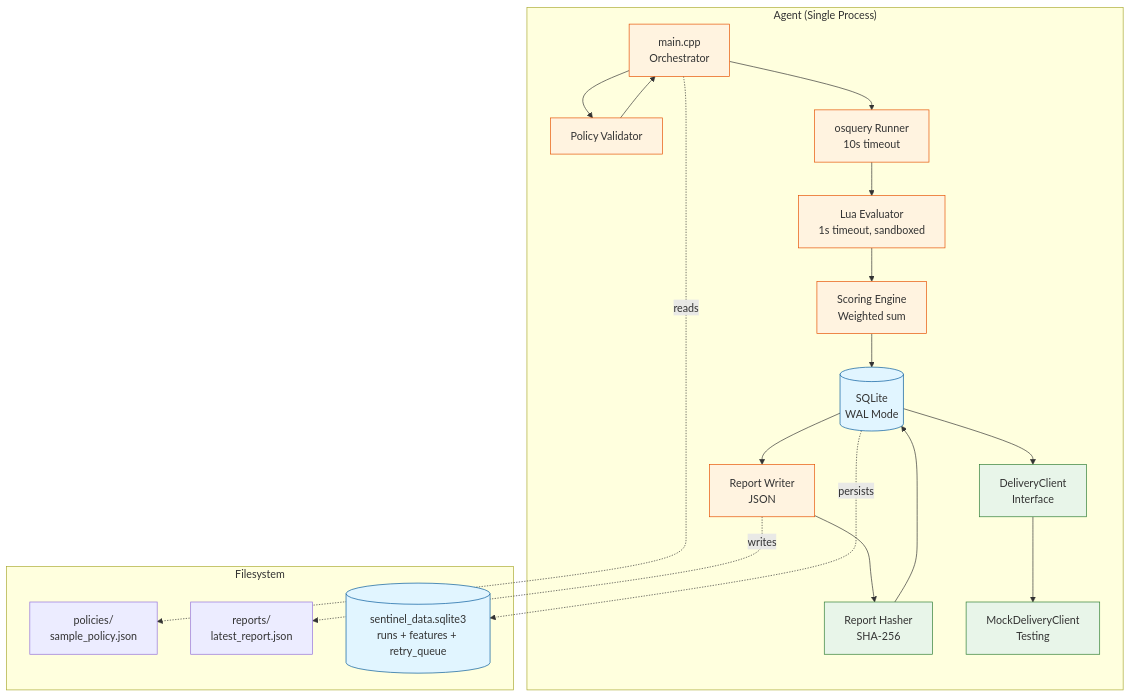
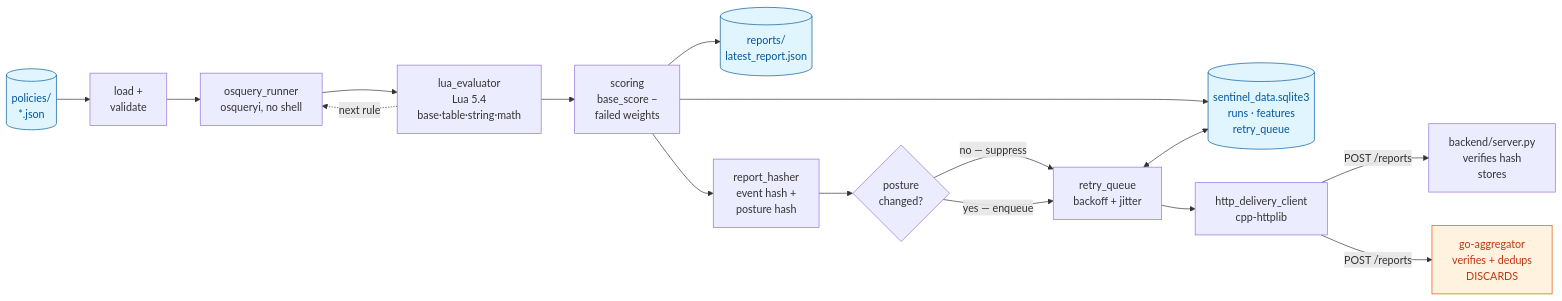
Before and after one commit to rohan2107/Sentinel: the diagram in architecture/README.md, drawn with Mermaid. The commit also changed other lines of this file and 3 other files, not shown here.

First line of the commit message:
docs: rewrite architecture documentation and correct false claims

````diff
--- a/architecture/README.md
+++ b/architecture/README.md
@@ -7,47 +20,26 @@
 ```mermaid
-graph TB
-    subgraph "Agent (Single Process)"
-        M[main.cpp<br/>Orchestrator]
-        PV[Policy Validator]
-        OR[osquery Runner<br/>10s timeout]
-        LE[Lua Evaluator<br/>1s timeout, sandboxed]
-        SC[Scoring Engine<br/>Weighted sum]
-        DB[(SQLite<br/>WAL Mode)]
-        RW[Report Writer<br/>JSON]
-        
-        RH[Report Hasher<br/>SHA-256]
-        DC[DeliveryClient<br/>Interface]
-        MOCK[MockDeliveryClient<br/>Testing]
-        
-        M --> PV
-        PV --> M
-        M --> OR
-        OR --> LE
-        LE --> SC
-        SC --> DB
-        DB --> RW
-        
-        RW --> RH
-        RH --> DB
-        DB --> DC
-        DC --> MOCK
-    end
-    
-    subgraph "Filesystem"
-        POL[policies/<br/>sample_policy.json]
-        REP[reports/<br/>latest_report.json]
-        DBFILE[(sentinel_data.sqlite3<br/>runs + features + retry_queue)]
-    end
-    
-    M -.reads.-> POL
-    RW -.writes.-> REP
-    DB -.persists.-> DBFILE
-    
-    classDef storage fill:#e1f5ff,stroke:#01579b
-    classDef compute fill:#fff3e0,stroke:#e65100
-    classDef delivery fill:#e8f5e9,stroke:#2e7d32
-    
-    class DB,DBFILE storage
-    class M,PV,OR,LE,SC,RW compute
-    class RH,DC,MOCK delivery
+flowchart LR
+    POL[("policies/<br/>*.json")] --> LOAD["load +<br/>validate"]
+    LOAD --> OSQ["osquery_runner<br/>osqueryi, no shell"]
+    OSQ --> LUA["lua_evaluator<br/>Lua 5.4<br/>base·table·string·math"]
+    LUA -.->|"next rule"| OSQ
+    LUA --> SCORE["scoring<br/>base_score −<br/>failed weights"]
+
+    SCORE --> REP[("reports/<br/>latest_report.json")]
+    SCORE --> SQL[("sentinel_data.sqlite3<br/>runs · features<br/>retry_queue")]
+    SCORE --> HASH["report_hasher<br/>event hash +<br/>posture hash"]
+
+    HASH --> SUPP{"posture<br/>changed?"}
+    SUPP -->|"no — suppress"| QUEUE
+    SUPP -->|"yes — enqueue"| QUEUE
+    QUEUE["retry_queue<br/>backoff + jitter"] <--> SQL
+    QUEUE --> HTTP["http_delivery_client<br/>cpp-httplib"]
+
+    HTTP -->|"POST /reports"| PY["backend/server.py<br/>verifies hash<br/>stores"]
+    HTTP -->|"POST /reports"| GO["go-aggregator<br/>verifies + dedups<br/>DISCARDS"]
+
+    classDef store fill:#e1f5ff,stroke:#01579b,color:#01579b
+    classDef gap fill:#fff3e0,stroke:#e65100,color:#bf360c
+    class POL,SQL,REP store
+    class GO gap
 ```
````
